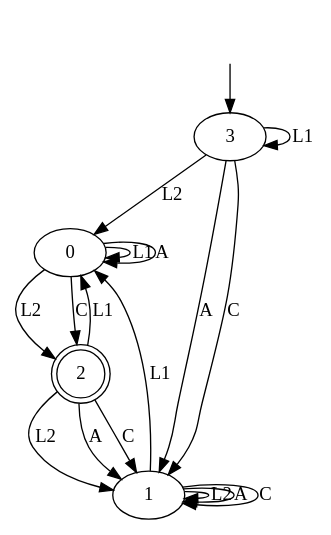
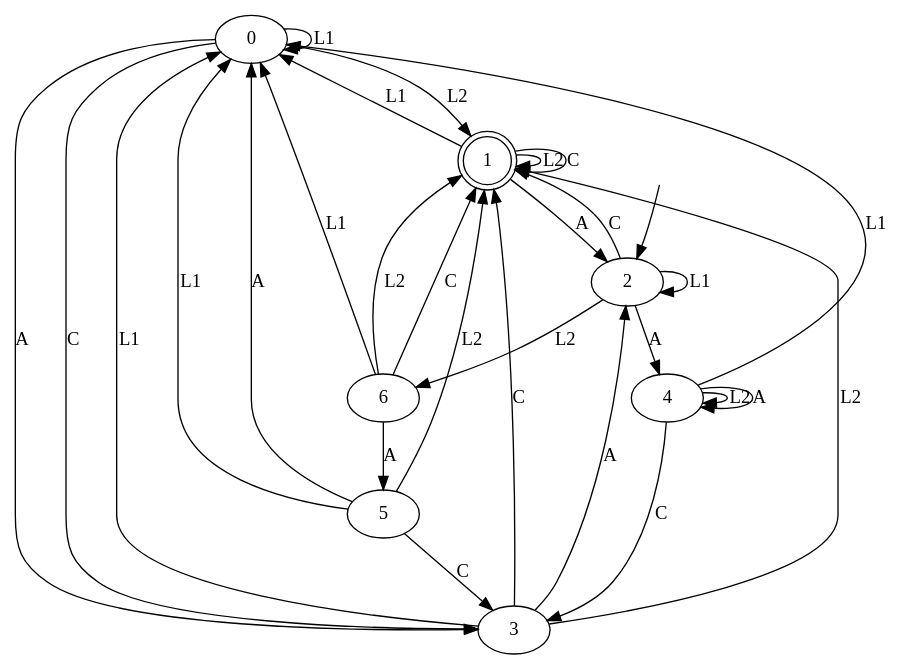
One commit to tomyaacov/lstar_dont_care changed the diagram in output/magento_result_a_0.6.dot. Above: the diagram before and after it, drawn with Graphviz. The commit also changed 22 other files, not shown here.

```diff
--- a/output/magento_result_a_0.6.dot
+++ b/output/magento_result_a_0.6.dot
@@ -1,24 +1,39 @@
 digraph "output/magento_result_a_0.6" {
 0 [label=0];
-1 [label=1];
-2 [label=2, shape=doublecircle];
+1 [label=1, shape=doublecircle];
+2 [label=2];
 3 [label=3];
+4 [label=4];
+5 [label=5];
+6 [label=6];
 0 -> 0  [label=L1];
-0 -> 2  [label=L2];
-0 -> 0  [label=A];
-0 -> 2  [label=C];
+0 -> 1  [label=L2];
+0 -> 3  [label=A];
+0 -> 3  [label=C];
 1 -> 0  [label=L1];
 1 -> 1  [label=L2];
-1 -> 1  [label=A];
+1 -> 2  [label=A];
 1 -> 1  [label=C];
-2 -> 0  [label=L1];
-2 -> 1  [label=L2];
-2 -> 1  [label=A];
+2 -> 2  [label=L1];
+2 -> 6  [label=L2];
+2 -> 4  [label=A];
 2 -> 1  [label=C];
-3 -> 3  [label=L1];
-3 -> 0  [label=L2];
-3 -> 1  [label=A];
+3 -> 0  [label=L1];
+3 -> 1  [label=L2];
+3 -> 2  [label=A];
 3 -> 1  [label=C];
+4 -> 0  [label=L1];
+4 -> 4  [label=L2];
+4 -> 4  [label=A];
+4 -> 3  [label=C];
+5 -> 0  [label=L1];
+5 -> 1  [label=L2];
+5 -> 0  [label=A];
+5 -> 3  [label=C];
+6 -> 0  [label=L1];
+6 -> 1  [label=L2];
+6 -> 5  [label=A];
+6 -> 1  [label=C];
 __start0 [label="", shape=none];
-__start0 -> 3  [label=""];
+__start0 -> 2  [label=""];
 }
```
